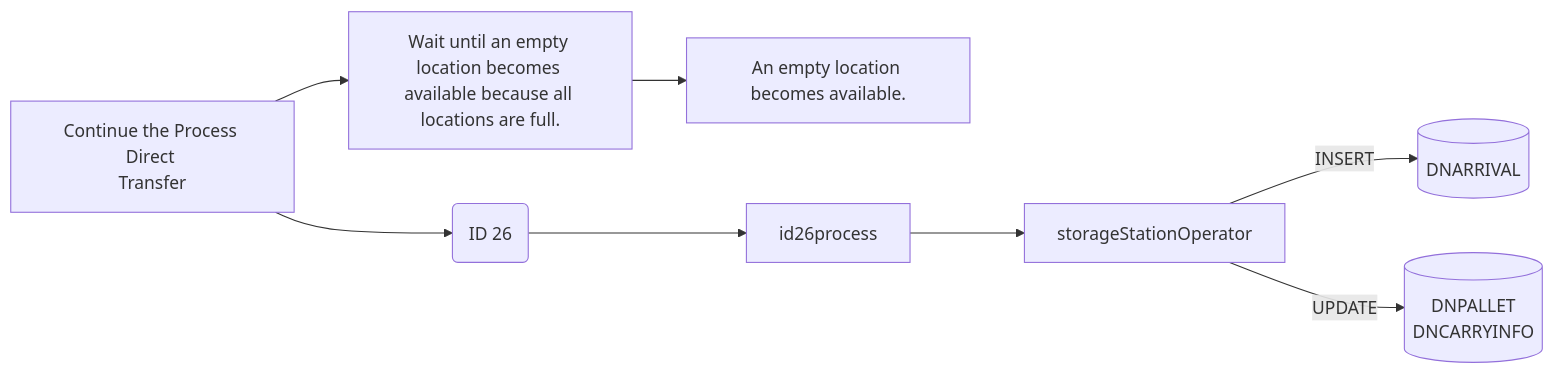
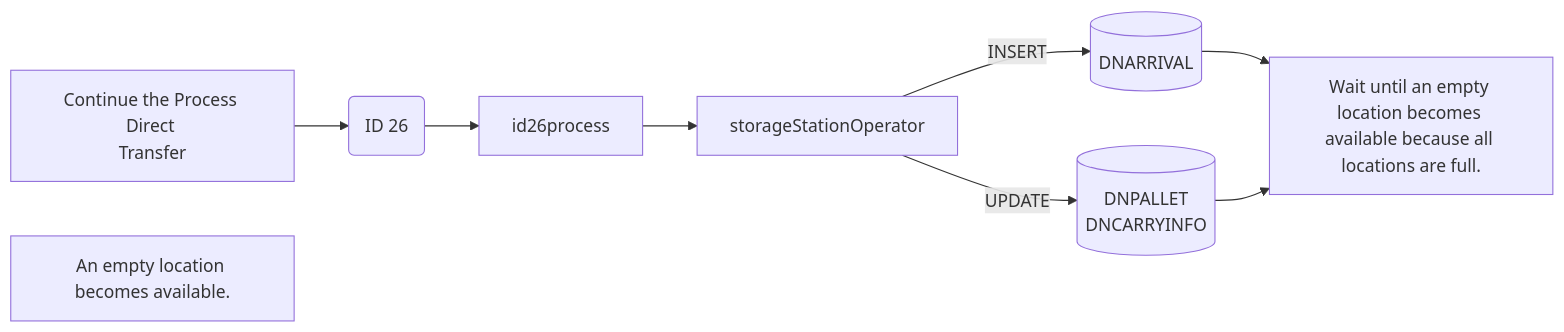
Before and after one commit to luthfiadityaa/SimeDarby-Wiki: the fifth of 22 diagrams in Basic-Design/DFD-WMS/Storage/Palletizing-Settting/Irregular-Cases.md, drawn with Mermaid.

Commit message:
Updated Irregular Cases

```diff
--- a/Basic-Design/DFD-WMS/Storage/Palletizing-Settting/Irregular-Cases.md
+++ b/Basic-Design/DFD-WMS/Storage/Palletizing-Settting/Irregular-Cases.md
@@ -236,36 +236,35 @@
 ::: mermaid
 flowchart LR
 
 releaseCommand["
 Continue the Process Direct 
 Transfer
 "]
 
 id26msg("
 ID 26
 ")
 
 id26-insert[("
 DNARRIVAL
 ")]
 
 id26-update[("
 DNPALLET
 DNCARRYINFO
 ")];
 
 releaseCommand2["
 Wait until an empty location becomes available because all locations are full.
 "]
 
 releaseCommand3["
 An empty location becomes available. 
 "]
 
 storageStationOperator[storageStationOperator]
 
-releaseCommand-->releaseCommand2-->releaseCommand3
 releaseCommand-->id26msg-->id26process-->storageStationOperator
-storageStationOperator--> |INSERT| id26-insert
-storageStationOperator--> |UPDATE| id26-update
+storageStationOperator--> |INSERT| id26-insert-->releaseCommand2
+storageStationOperator--> |UPDATE| id26-update-->releaseCommand2
 :::
```
